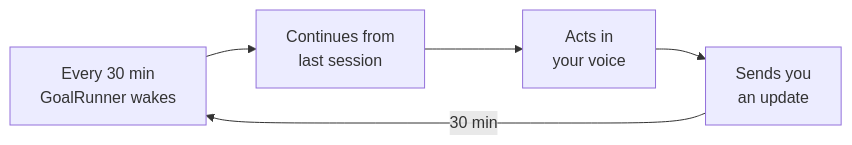
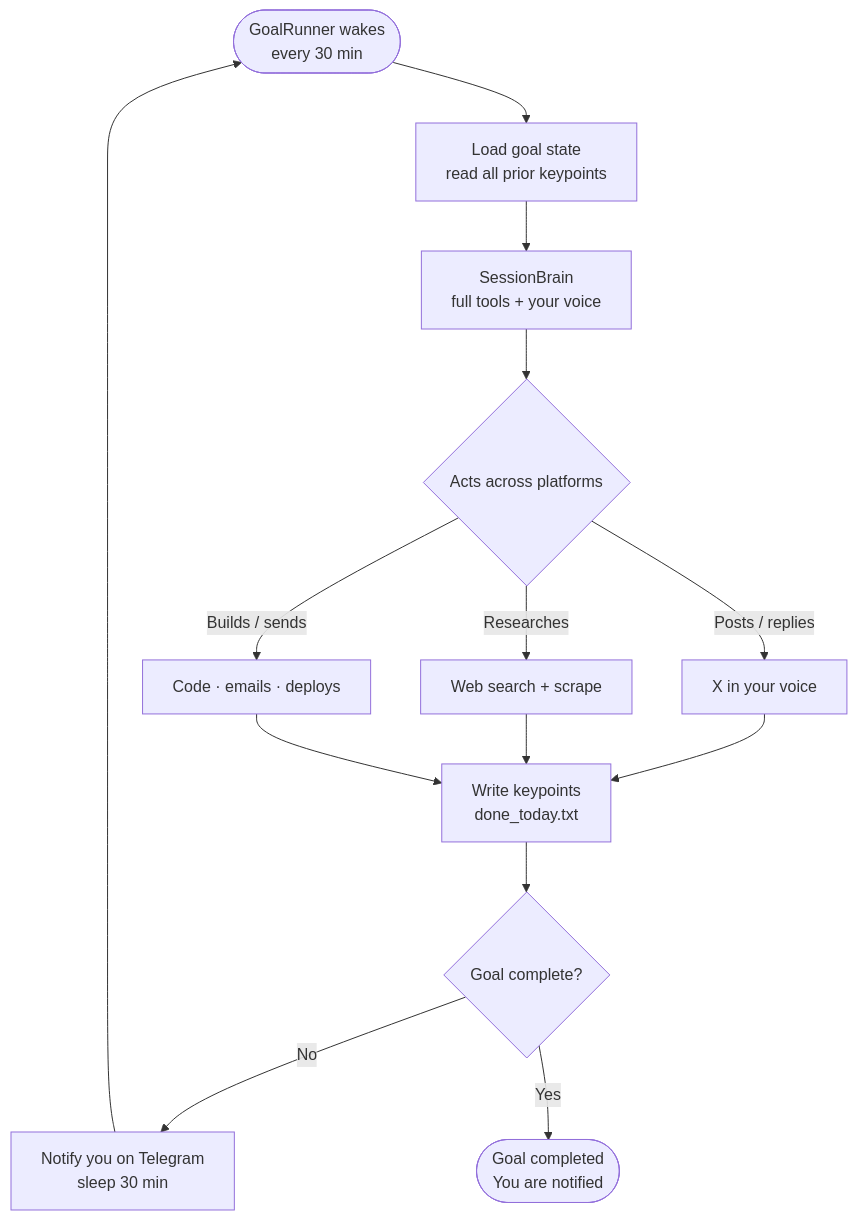
Before and after one commit to ShoryaDs7/BLOPUS: the second of 2 diagrams in README.md, drawn with Mermaid. The commit also changed other lines of this file, not shown here.

Commit message:
fix: remove octopus from title, replace simple flowcharts with accurate architecture diagrams

````diff
--- a/README.md
+++ b/README.md
@@ -266,4 +278,16 @@
 ```mermaid
-flowchart LR
-    A[Every 30 min<br/>GoalRunner wakes] --> B[Continues from<br/>last session] --> C[Acts in<br/>your voice] --> D[Sends you<br/>an update] -- 30 min --> A
+flowchart TD
+    A([GoalRunner wakes\nevery 30 min]) --> B[Load goal state\nread all prior keypoints]
+    B --> C[SessionBrain\nfull tools + your voice]
+    C --> D{Acts across platforms}
+    D -->|Posts / replies| E[X in your voice]
+    D -->|Researches| F[Web search + scrape]
+    D -->|Builds / sends| G[Code · emails · deploys]
+    E --> H[Write keypoints\ndone_today.txt]
+    F --> H
+    G --> H
+    H --> I{Goal complete?}
+    I -->|No| J[Notify you on Telegram\nsleep 30 min]
+    J --> A
+    I -->|Yes| K([Goal completed\nYou are notified])
 ```
````
